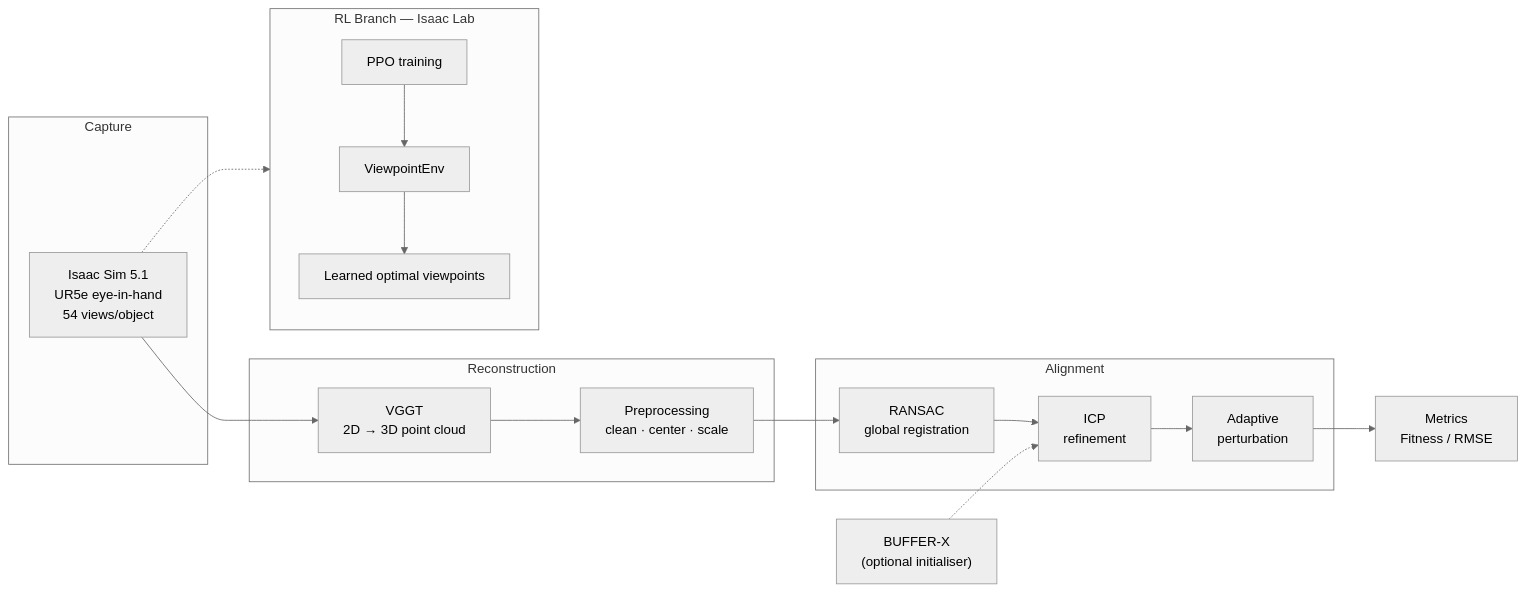
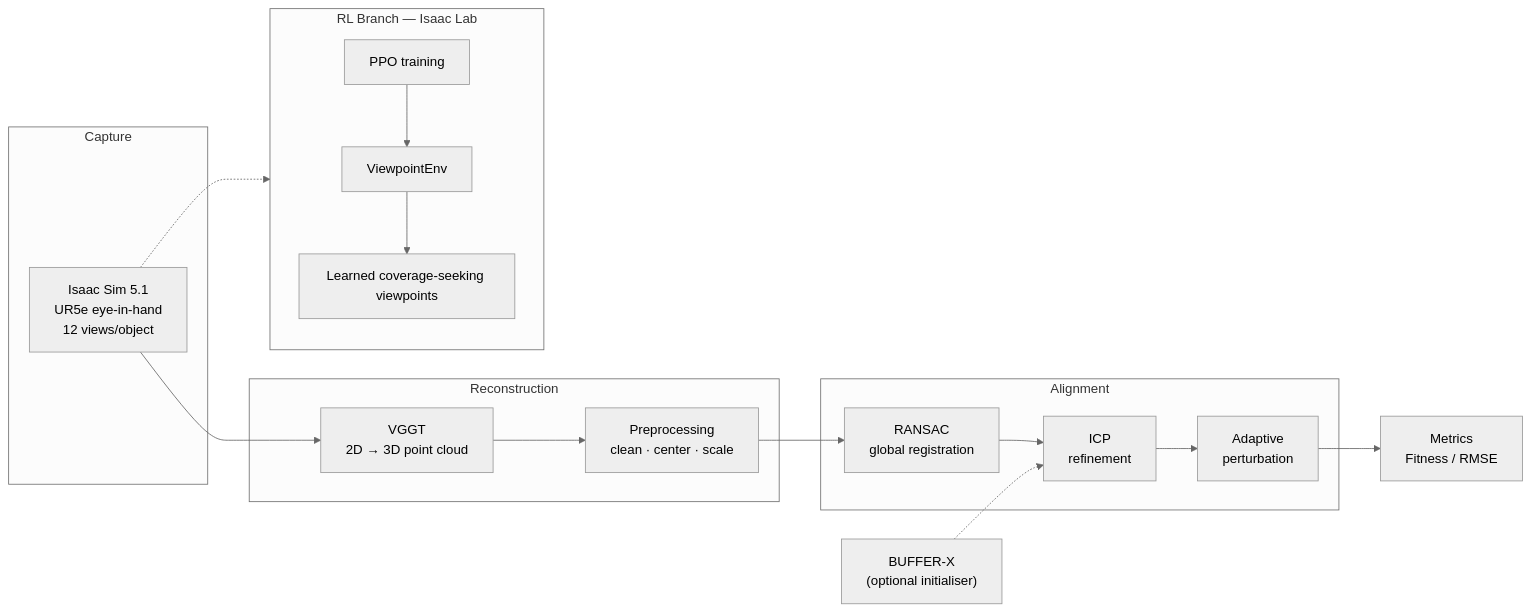
The diagram in README.md (Adam-yes/robotic-viewpoint-acquisition-for-3d-reconstruction), drawn with Mermaid (neutral theme) before and after one commit.

Commit message:
Update viewpoint description in flowchart

````diff
--- a/README.md
+++ b/README.md
@@ -35,24 +35,24 @@
 ```mermaid
 flowchart LR
     subgraph Capture
-        A["Isaac Sim 5.1<br/>UR5e eye-in-hand<br/>54 views/object"]
+        A["Isaac Sim 5.1<br/>UR5e eye-in-hand<br/>12 views/object"]
     end
     subgraph Reconstruction
         B["VGGT<br/>2D → 3D point cloud"]
         C["Preprocessing<br/>clean · center · scale"]
     end
     subgraph Alignment
         D["RANSAC<br/>global registration"]
         E["ICP<br/>refinement"]
         F["Adaptive<br/>perturbation"]
     end
     G["Metrics<br/>Fitness / RMSE"]
 
     A --> B --> C --> D --> E --> F --> G
     H["BUFFER-X<br/>(optional initialiser)"] -.-> E
 
     subgraph RL["RL Branch — Isaac Lab"]
-        I["PPO training"] --> J["ViewpointEnv"] --> K["Learned optimal viewpoints"]
+        I["PPO training"] --> J["ViewpointEnv"] --> K["Learned coverage-seeking viewpoints"]
     end
     A -.-> RL
 ```
````
